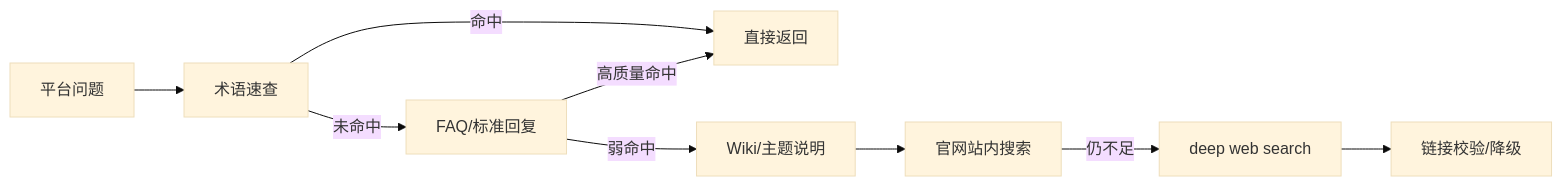
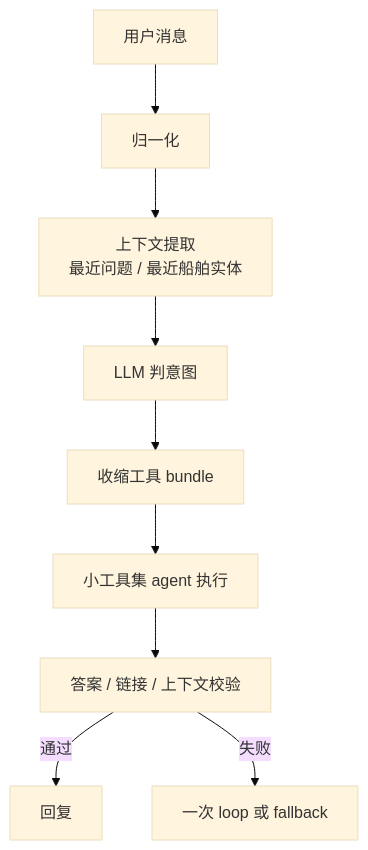
The third of 5 diagrams in docs/AGENT_TECHNICAL_DOCUMENTATION.md (lr12338/hifleet-agent), drawn with Mermaid (base theme) before and after one commit. The commit also changed other lines of this file and 12 other files, not shown here.

Commit message:
Harden agent secrecy and simplify architecture docs

````diff
--- a/docs/AGENT_TECHNICAL_DOCUMENTATION.md
+++ b/docs/AGENT_TECHNICAL_DOCUMENTATION.md
@@ -127,11 +74,11 @@
 ```mermaid
-flowchart LR
-    Q[平台问题] --> L1[术语速查]
-    L1 -->|命中| A[直接返回]
-    L1 -->|未命中| L2[FAQ/标准回复]
-    L2 -->|高质量命中| A
-    L2 -->|弱命中| L3[Wiki/主题说明]
-    L3 --> L4[官网站内搜索]
-    L4 -->|仍不足| L5[deep web search]
-    L5 --> Check[链接校验/降级]
+flowchart TD
+    Msg[用户消息] --> Clean[归一化]
+    Clean --> Context[上下文提取<br/>最近问题 / 最近船舶实体]
+    Context --> Plan[LLM 判意图]
+    Plan --> Bundle[收缩工具 bundle]
+    Bundle --> Act[小工具集 agent 执行]
+    Act --> Check[答案 / 链接 / 上下文校验]
+    Check -->|通过| Reply[回复]
+    Check -->|失败| Retry[一次 loop 或 fallback]
 ```
````
